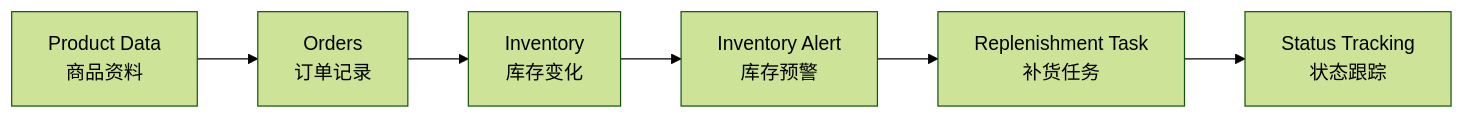
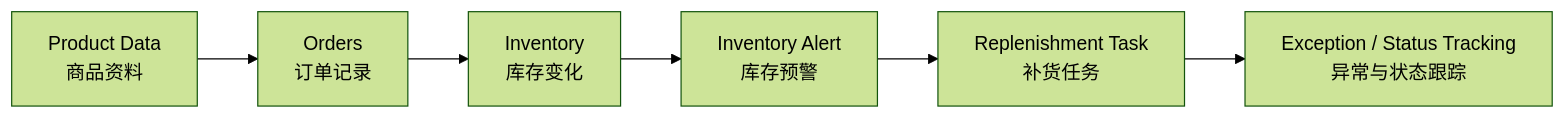
The first of 2 diagrams in README.md (sai5585wo/work-plan), drawn with Mermaid (forest theme) before and after one commit. The commit also changed other lines of this file and 6 other files, not shown here.

````diff
--- a/README.md
+++ b/README.md
@@ -38,8 +38,8 @@
 ```mermaid
 flowchart LR
     A["Product Data<br/>商品资料"] --> B["Orders<br/>订单记录"]
     B --> C["Inventory<br/>库存变化"]
     C --> D["Inventory Alert<br/>库存预警"]
     D --> E["Replenishment Task<br/>补货任务"]
-    E --> F["Status Tracking<br/>状态跟踪"]
+    E --> F["Exception / Status Tracking<br/>异常与状态跟踪"]
 ```
````
